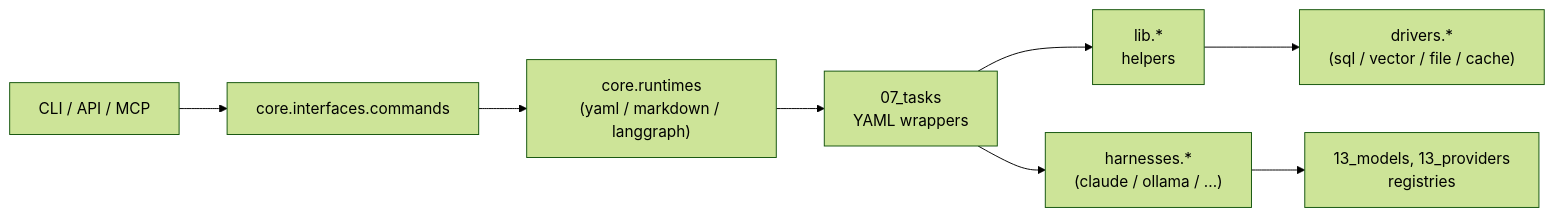
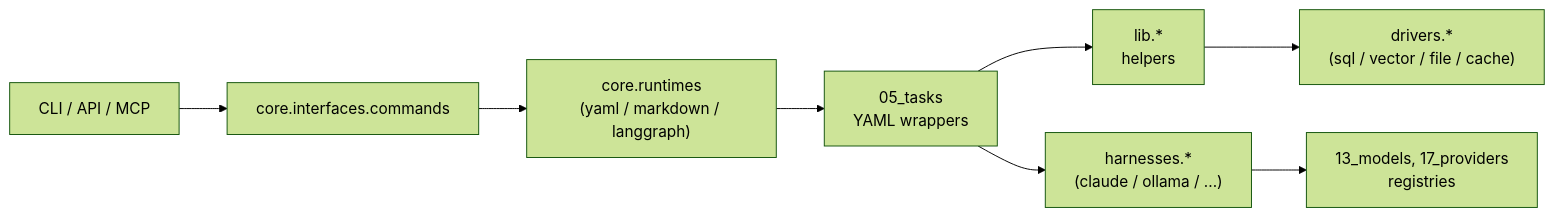
The diagram in README.md (kieferwaight/LocalFabric), drawn with Mermaid (forest theme) before and after one commit. The commit also changed other lines of this file and 226 other files, not shown here.

````diff
--- a/README.md
+++ b/README.md
@@ -23,10 +23,10 @@
 ```mermaid
 flowchart LR
     Surfaces["CLI / API / MCP"] --> Commands["core.interfaces.commands"]
     Commands --> Runtimes["core.runtimes\n(yaml / markdown / langgraph)"]
-    Runtimes --> Tasks["07_tasks\nYAML wrappers"]
+    Runtimes --> Tasks["05_tasks\nYAML wrappers"]
     Tasks --> Lib["lib.*\nhelpers"]
     Tasks --> Harnesses["harnesses.*\n(claude / ollama / ...)"]
     Lib --> Drivers["drivers.*\n(sql / vector / file / cache)"]
-    Harnesses --> Registry["13_models, 13_providers\nregistries"]
+    Harnesses --> Registry["13_models, 17_providers\nregistries"]
 ```
````
